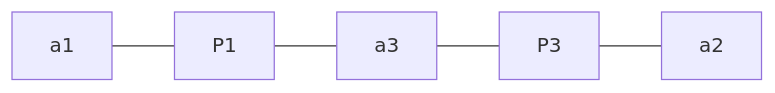
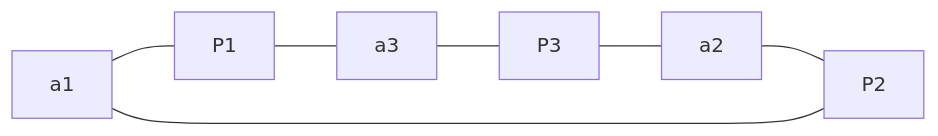
The third of 3 diagrams in КГОИ.md (advatrix/lectures-bac), drawn with Mermaid before and after one commit. The commit also changed other lines of this file, not shown here.

Commit message:
КГОИ.md updated from https://stackedit.io/

````diff
--- a/КГОИ.md
+++ b/КГОИ.md
@@ -1627,8 +1627,9 @@
 ```mermaid
 graph LR
 a1 --- P1
 P1 --- a3
 a3 --- P3
 P3 --- a2
-
+a2 --- P2
+P2 --- a1
 ```
````
